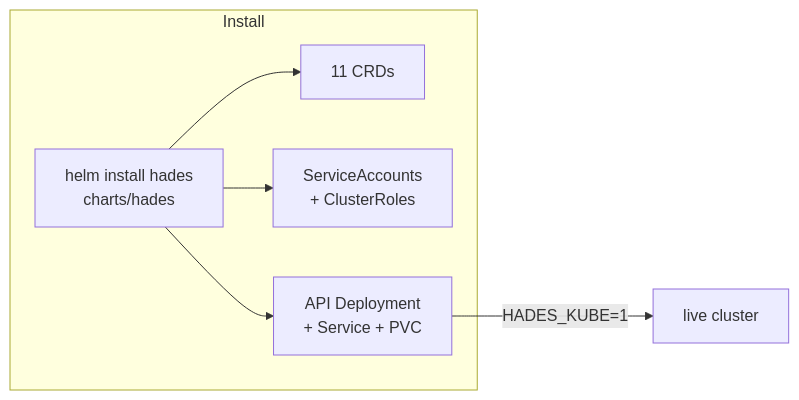
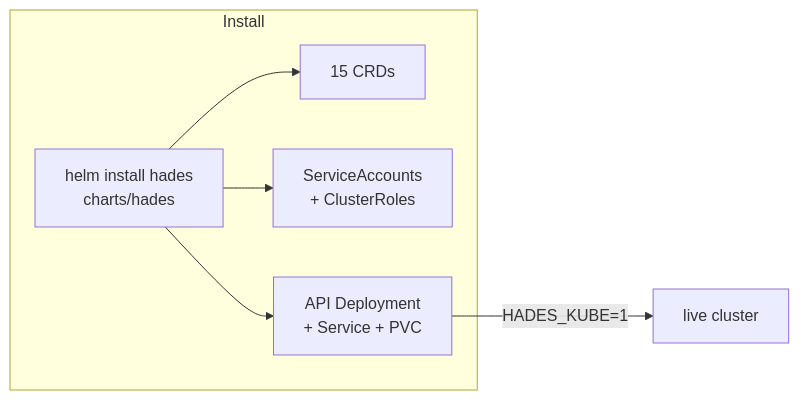
One commit to sigilmakes/hades changed the diagram in docs/install.md. Above: the diagram before and after it, drawn with Mermaid. The commit also changed other lines of this file and 5 other files, not shown here.

````diff
--- a/docs/install.md
+++ b/docs/install.md
@@ -5,9 +5,9 @@
 ```mermaid
 flowchart LR
   subgraph install["Install"]
-    Helm["helm install hades<br/>charts/hades"] --> CRDs["11 CRDs"]
+    Helm["helm install hades<br/>charts/hades"] --> CRDs["15 CRDs"]
     Helm --> RBAC["ServiceAccounts<br/>+ ClusterRoles"]
     Helm --> API["API Deployment<br/>+ Service + PVC"]
   end
   API -->|HADES_KUBE=1| Cluster["live cluster"]
 ```
````
